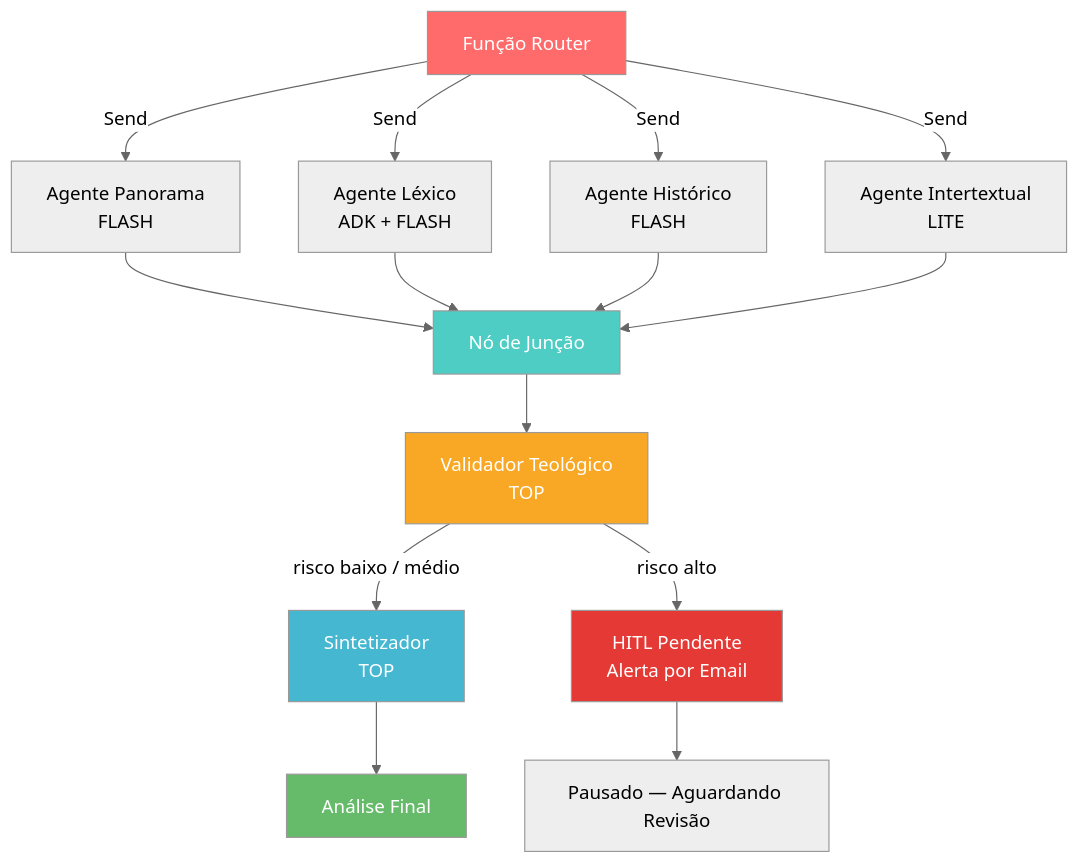
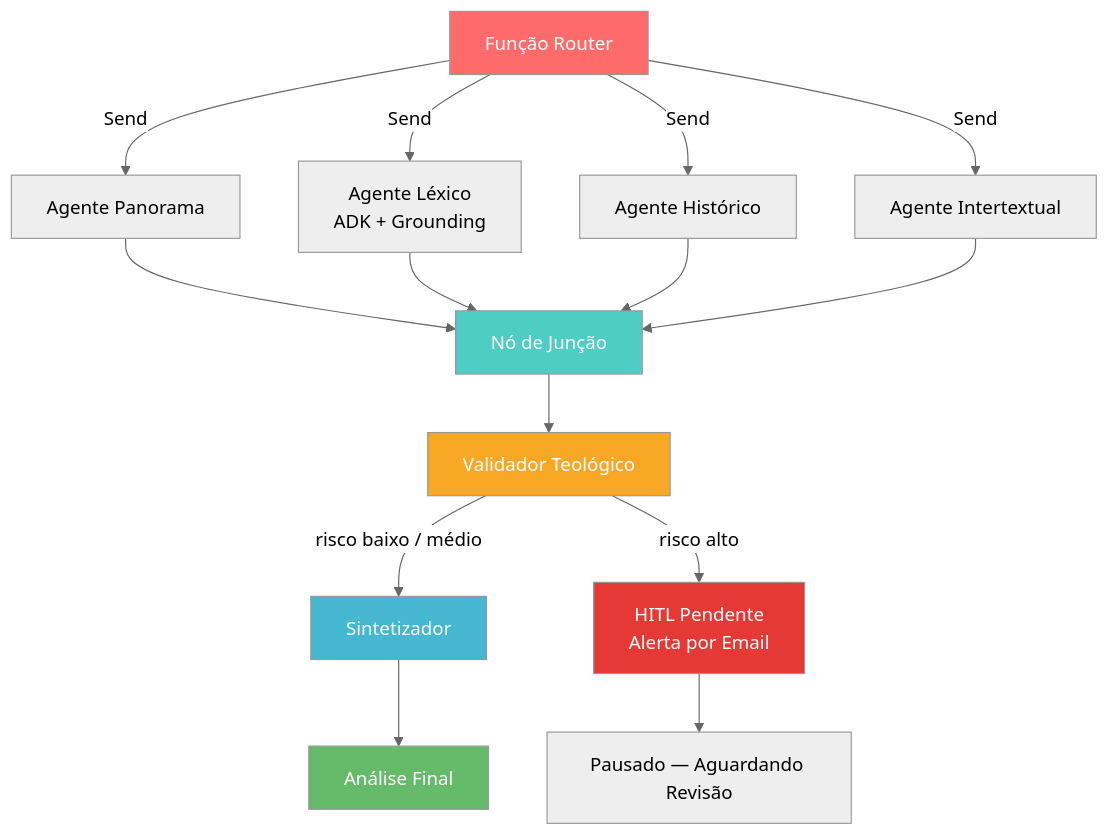
The diagram in README.pt-BR.md (235471/theological-langgraph-agent), drawn with Mermaid (neutral theme) before and after one commit. The commit also changed other lines of this file and 11 other files, not shown here.

````diff
--- a/README.pt-BR.md
+++ b/README.pt-BR.md
@@ -40,26 +40,26 @@
 ```mermaid
 graph TD
-    R[Função Router] -->|Send| P[Agente Panorama<br/>FLASH]
-    R -->|Send| L[Agente Léxico<br/>ADK + FLASH]
-    R -->|Send| H[Agente Histórico<br/>FLASH]
-    R -->|Send| I[Agente Intertextual<br/>LITE]
+    R[Função Router] -->|Send| P[Agente Panorama]
+    R -->|Send| L[Agente Léxico<br/>ADK + Grounding]
+    R -->|Send| H[Agente Histórico]
+    R -->|Send| I[Agente Intertextual]
 
     P --> J[Nó de Junção]
     L --> J
     H --> J
     I --> J
 
-    J --> V[Validador Teológico<br/>TOP]
-    V -->|risco baixo / médio| S[Sintetizador<br/>TOP]
+    J --> V[Validador Teológico]
+    V -->|risco baixo / médio| S[Sintetizador]
     V -->|risco alto| HITL[HITL Pendente<br/>Alerta por Email]
 
     S --> OUT[Análise Final]
     HITL --> END[Pausado — Aguardando Revisão]
 
     style R fill:#ff6b6b,color:#fff
     style J fill:#4ecdc4,color:#fff
     style V fill:#f9a825,color:#fff
     style S fill:#45b7d1,color:#fff
     style HITL fill:#e53935,color:#fff
     style OUT fill:#66bb6a,color:#fff
 ```
````
